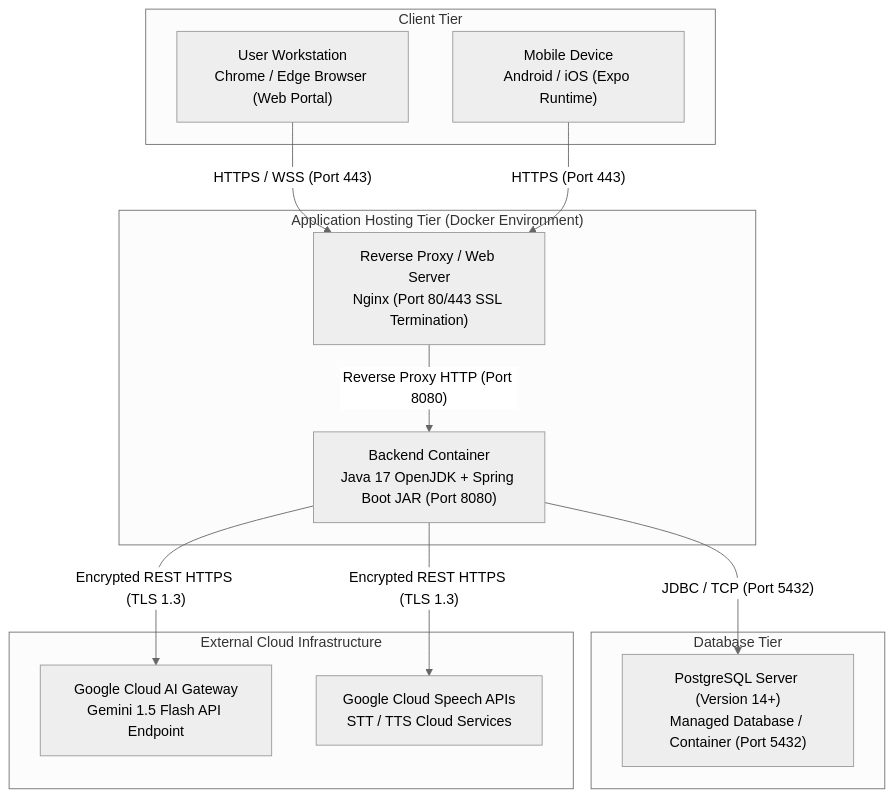
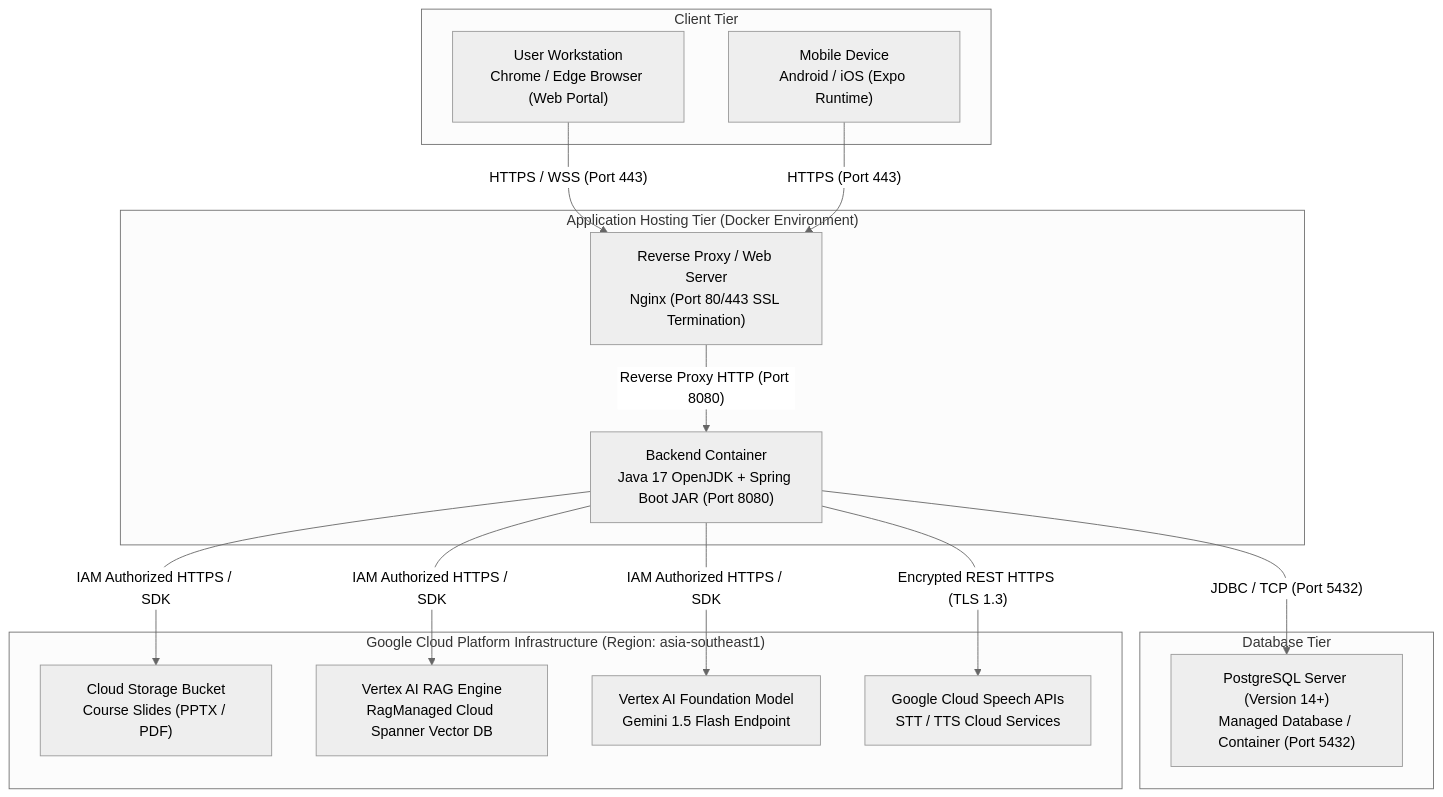
The second of 10 diagrams in document/Software_Architecture_Design_Report.md (SWD392-Group-4/AI-powered-Viva-Exam-System), drawn with Mermaid (neutral theme) before and after one commit. The commit also changed other lines of this file and 9 other files, not shown here.

Commit message:
docs: add software architecture design report and system documentation files

````diff
--- a/document/Software_Architecture_Design_Report.md
+++ b/document/Software_Architecture_Design_Report.md
@@ -191,28 +194,32 @@
 ```mermaid
 flowchart TD
     subgraph ClientDevice["Client Tier"]
         BrowserNode["User Workstation<br/>Chrome / Edge Browser (Web Portal)"]
         MobileNode["Mobile Device<br/>Android / iOS (Expo Runtime)"]
     end
 
     subgraph ApplicationHost["Application Hosting Tier (Docker Environment)"]
         NginxNode["Reverse Proxy / Web Server<br/>Nginx (Port 80/443 SSL Termination)"]
         AppNode["Backend Container<br/>Java 17 OpenJDK + Spring Boot JAR (Port 8080)"]
     end
 
     subgraph DatabaseHost["Database Tier"]
         DBNode["PostgreSQL Server (Version 14+)<br/>Managed Database / Container (Port 5432)"]
     end
 
-    subgraph CloudServices["External Cloud Infrastructure"]
-        GeminiNode["Google Cloud AI Gateway<br/>Gemini 1.5 Flash API Endpoint"]
+    subgraph CloudServices["Google Cloud Platform Infrastructure (Region: asia-southeast1)"]
+        GCSNode["Cloud Storage Bucket<br/>Course Slides (PPTX / PDF)"]
+        RAGNode["Vertex AI RAG Engine<br/>RagManaged Cloud Spanner Vector DB"]
+        GeminiNode["Vertex AI Foundation Model<br/>Gemini 1.5 Flash Endpoint"]
         SpeechNode["Google Cloud Speech APIs<br/>STT / TTS Cloud Services"]
     end
 
     BrowserNode -- "HTTPS / WSS (Port 443)" --> NginxNode
     MobileNode -- "HTTPS (Port 443)" --> NginxNode
     NginxNode -- "Reverse Proxy HTTP (Port 8080)" --> AppNode
     AppNode -- "JDBC / TCP (Port 5432)" --> DBNode
-    AppNode -- "Encrypted REST HTTPS (TLS 1.3)" --> GeminiNode
+    AppNode -- "IAM Authorized HTTPS / SDK" --> GCSNode
+    AppNode -- "IAM Authorized HTTPS / SDK" --> RAGNode
+    AppNode -- "IAM Authorized HTTPS / SDK" --> GeminiNode
     AppNode -- "Encrypted REST HTTPS (TLS 1.3)" --> SpeechNode
 ```
````
